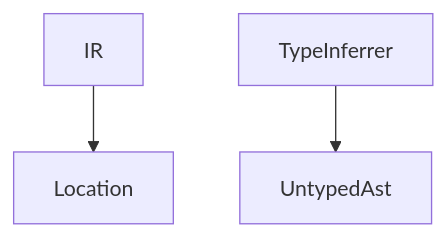
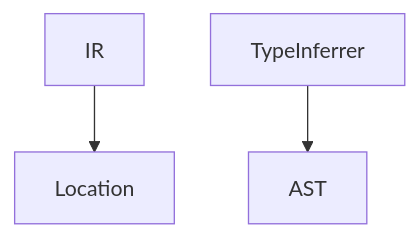
The diagram in README.md (0918nobita/waxt), drawn with Mermaid before and after one commit. The commit also changed 19 other files, not shown here.

````diff
--- a/README.md
+++ b/README.md
@@ -58,5 +58,5 @@
 ```mermaid
 graph TB
   IR-->Location
-  TypeInferrer-->UntypedAst
+  TypeInferrer-->AST
 ```
````
